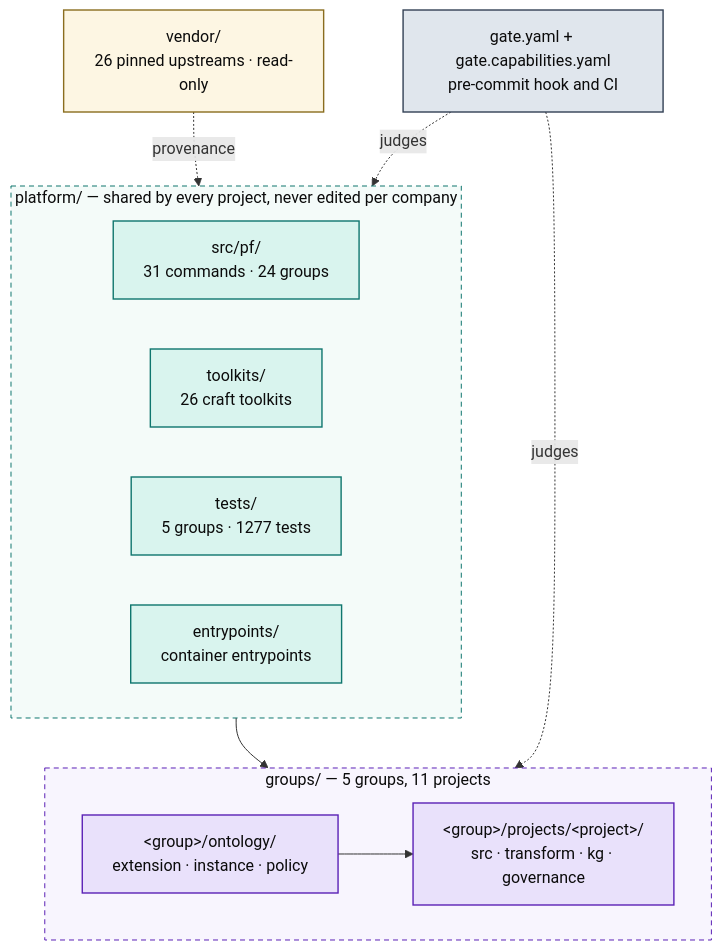
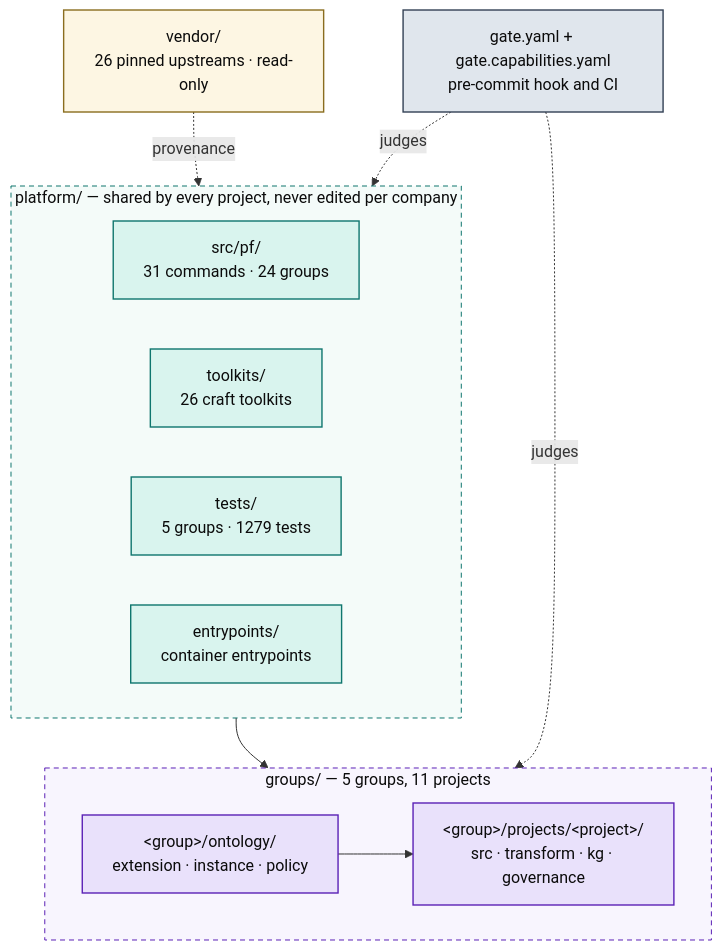
Before and after one commit to Atomz-org/data-platform: the first of 5 diagrams in docs/ARCHITECTURE.md, drawn with Mermaid. The commit also changed other lines of this file and 4 other files, not shown here.

````diff
--- a/docs/ARCHITECTURE.md
+++ b/docs/ARCHITECTURE.md
@@ -15,36 +15,36 @@
 ```mermaid
 flowchart TB
   subgraph SHARED["platform/ — shared by every project, never edited per company"]
     direction LR
     ENG["src/pf/<br/>31 commands · 24 groups"]
     TK["toolkits/<br/>26 craft toolkits"]
-    TST["tests/<br/>5 groups · 1277 tests"]
+    TST["tests/<br/>5 groups · 1279 tests"]
     ENT["entrypoints/<br/>container entrypoints"]
   end
 
   subgraph ENTITIES["groups/ — 5 groups, 11 projects"]
     direction LR
     GRP["&lt;group&gt;/ontology/<br/>extension · instance · policy"]
     PRJ["&lt;group&gt;/projects/&lt;project&gt;/<br/>src · transform · kg · governance"]
     GRP --> PRJ
   end
 
   VEN["vendor/<br/>26 pinned upstreams · read-only"]
   GATE["gate.yaml + gate.capabilities.yaml<br/>pre-commit hook and CI"]
 
   SHARED --> ENTITIES
   VEN -.provenance.-> SHARED
   GATE -.judges.-> ENTITIES
   GATE -.judges.-> SHARED
 
   classDef code fill:#d9f4ee,stroke:#0f766e,stroke-width:1.4px,color:#0b0b0b
   classDef data fill:#e9e1fb,stroke:#5b21b6,stroke-width:1.4px,color:#0b0b0b
   classDef gov fill:#e0e6ed,stroke:#334155,stroke-width:1.4px,color:#0b0b0b
   classDef ext fill:#fdf6e3,stroke:#8a6d1f,stroke-width:1.4px,color:#0b0b0b
   class ENG,TK,TST,ENT code
   class GRP,PRJ data
   class GATE gov
   class VEN ext
   style SHARED fill:#f4fbf9,stroke:#0f766e,stroke-dasharray:5 4,color:#0b0b0b
   style ENTITIES fill:#f8f5fe,stroke:#5b21b6,stroke-dasharray:5 4,color:#0b0b0b
 ```
````
